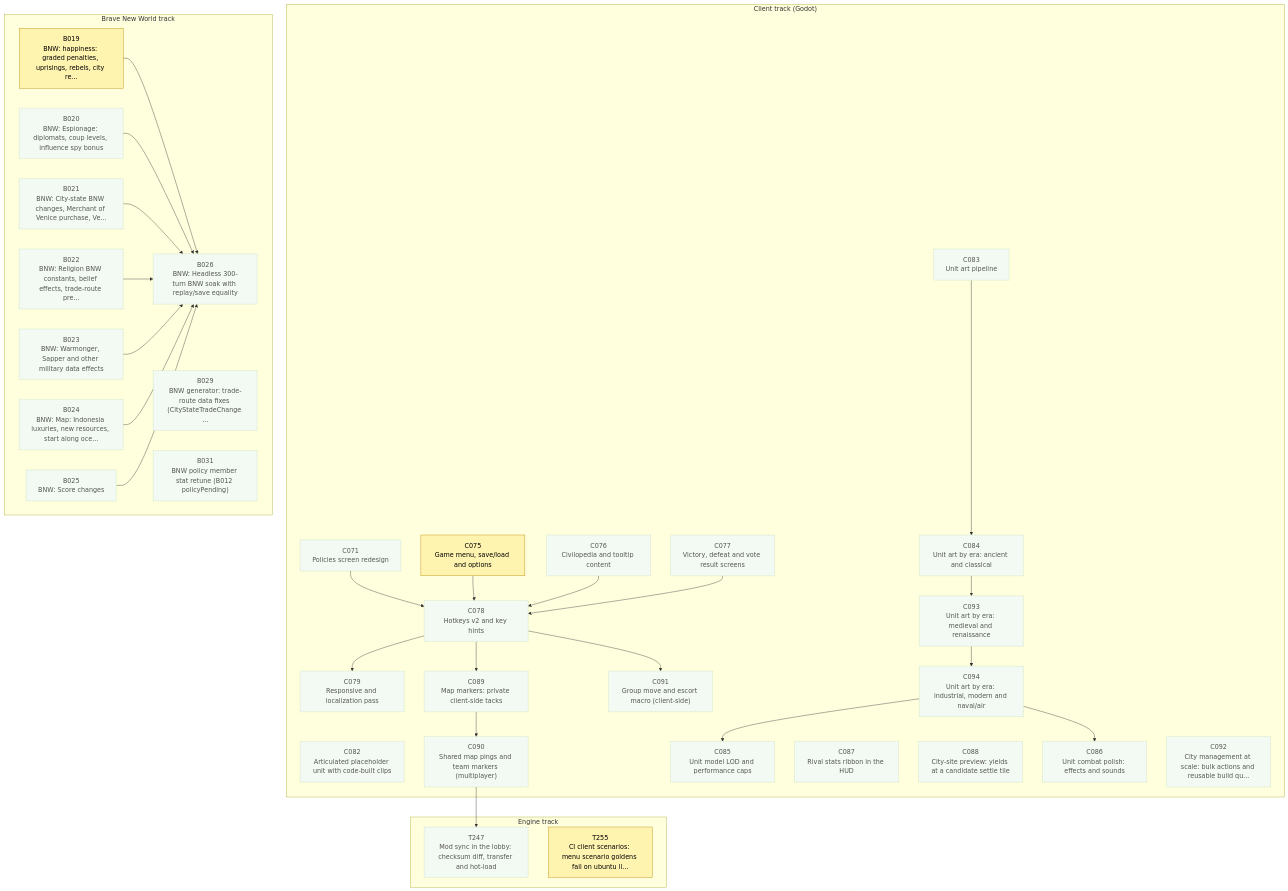
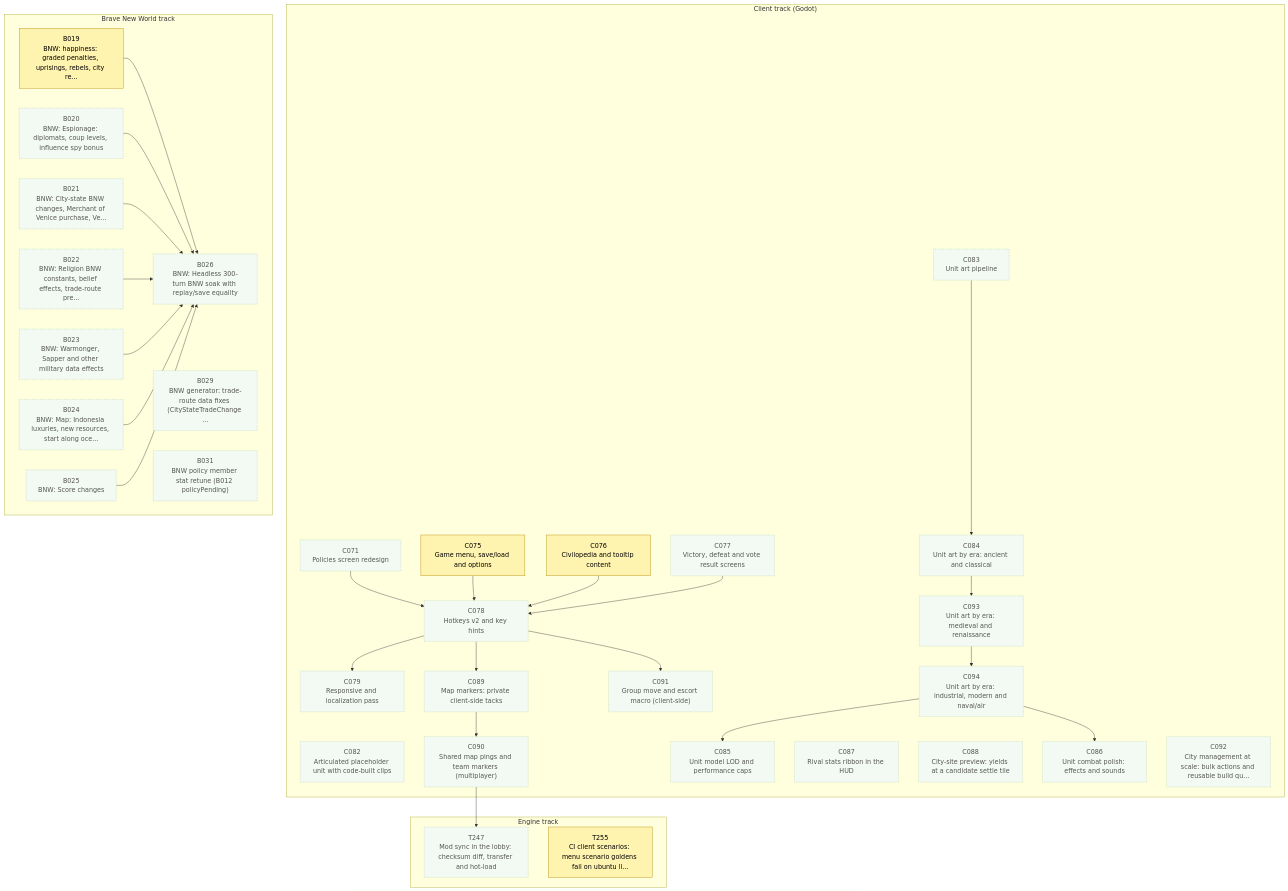
The first of 3 diagrams in csharp/migration/DEPENDENCY_MAP.md (Kenmura/Unciv), drawn with Mermaid before and after one commit. The commit also changed other lines of this file and 1 other file, not shown here.

```diff
--- a/csharp/migration/DEPENDENCY_MAP.md
+++ b/csharp/migration/DEPENDENCY_MAP.md
@@ -101,7 +101,7 @@
   class B031 waiting
   class C071 waiting
   class C075 prog
-  class C076 waiting
+  class C076 prog
   class C077 waiting
   class C078 waiting
   class C079 waiting
```
